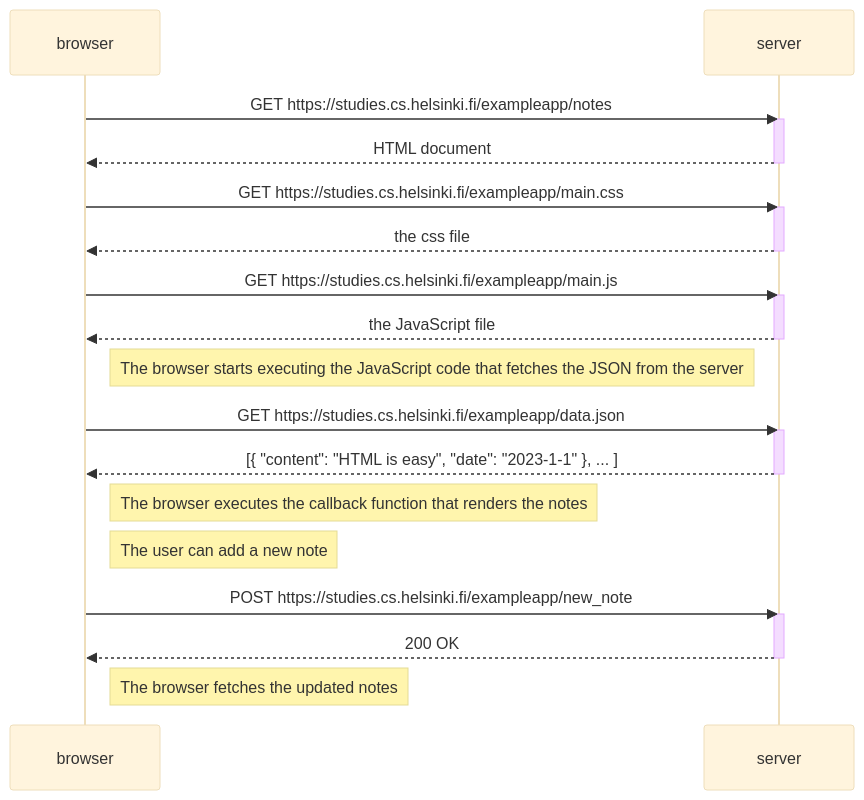
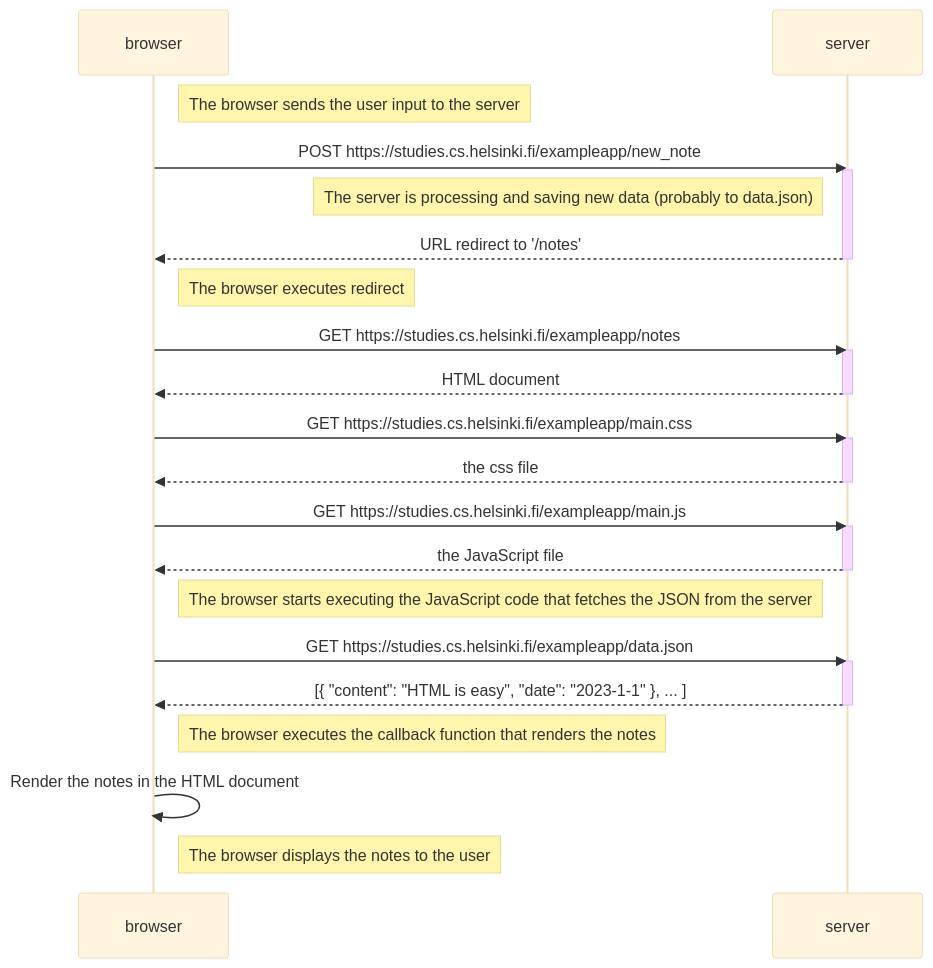
The diagram in part0/0.4.md (Miguel565/Fullstack), drawn with Mermaid (base theme) before and after one commit.

Commit message:
Corrección del diagrama

````diff
--- a/part0/0.4.md
+++ b/part0/0.4.md
@@ -1,35 +1,39 @@
 ```mermaid
 sequenceDiagram
     participant browser
     participant server
 
+    Note right of browser: The browser sends the user input to the server
+    browser->>server: POST https://studies.cs.helsinki.fi/exampleapp/new_note
+    activate server
+    Note left of server: The server is processing and saving new data (probably to data.json)
+    server-->>browser: URL redirect to '/notes'
+    deactivate server
+
+    Note right of browser: The browser executes redirect
     browser->>server: GET https://studies.cs.helsinki.fi/exampleapp/notes
     activate server
     server-->>browser: HTML document
     deactivate server
 
     browser->>server: GET https://studies.cs.helsinki.fi/exampleapp/main.css
     activate server
     server-->>browser: the css file
     deactivate server
 
     browser->>server: GET https://studies.cs.helsinki.fi/exampleapp/main.js
     activate server
     server-->>browser: the JavaScript file
     deactivate server
 
     Note right of browser: The browser starts executing the JavaScript code that fetches the JSON from the server
 
     browser->>server: GET https://studies.cs.helsinki.fi/exampleapp/data.json
     activate server
     server-->>browser: [{ "content": "HTML is easy", "date": "2023-1-1" }, ... ]
     deactivate server
 
     Note right of browser: The browser executes the callback function that renders the notes
-    Note right of browser: The user can add a new note
-    browser->>server: POST https://studies.cs.helsinki.fi/exampleapp/new_note
-    activate server
-    server-->>browser: 200 OK
-    deactivate server
-    Note right of browser: The browser fetches the updated notes
+    browser->>browser: Render the notes in the HTML document
+    Note right of browser: The browser displays the notes to the user
 ```
````
